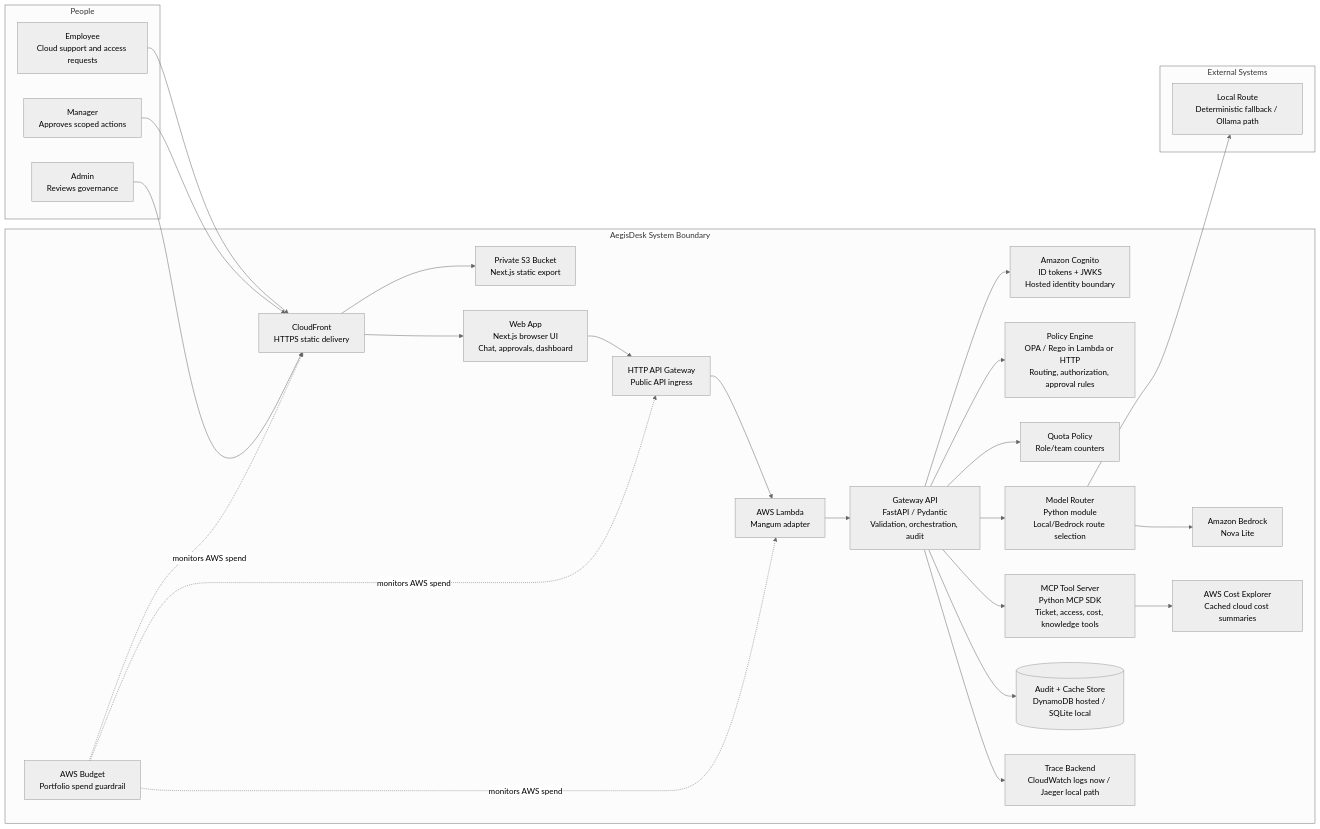
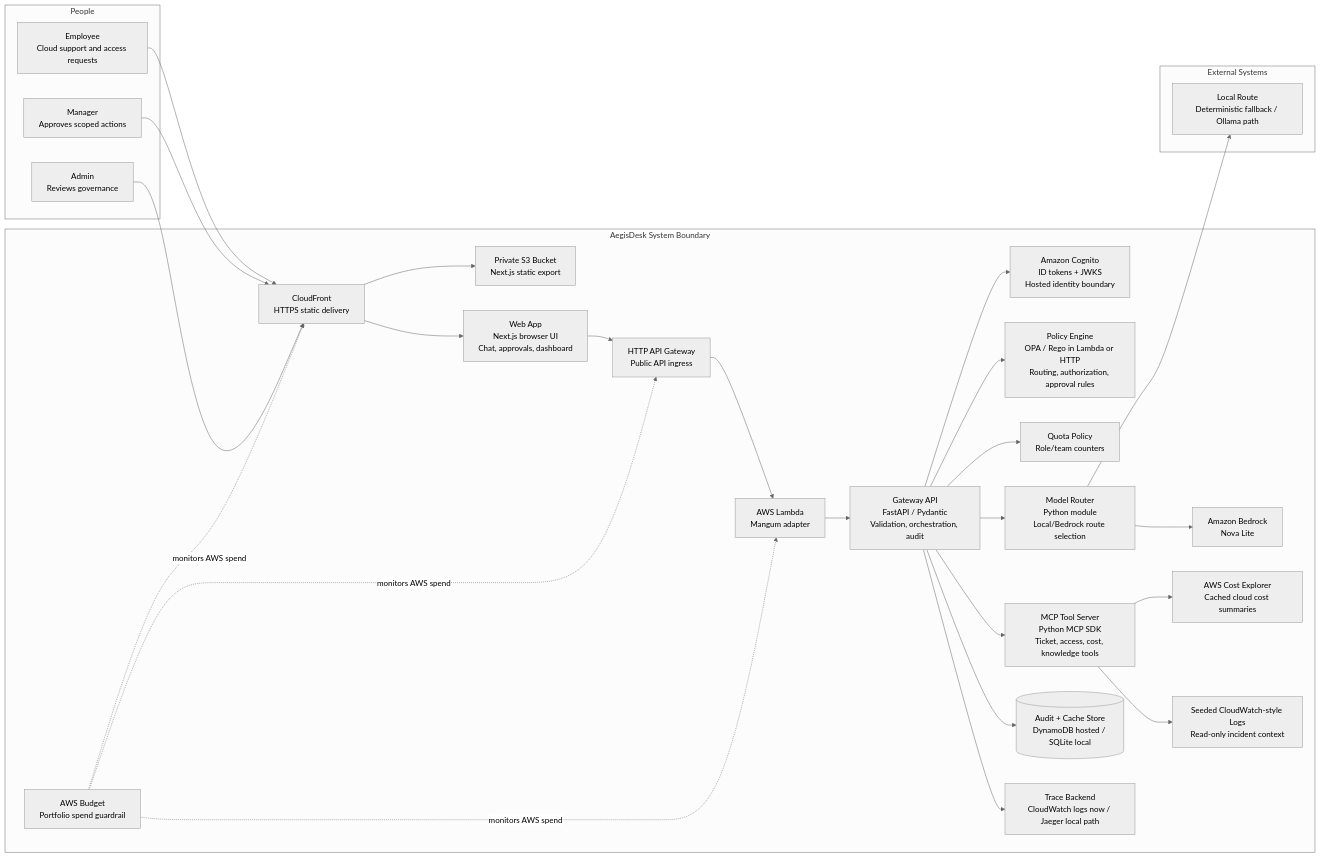
Before and after one commit to manynames3/aegisdesk-cloudops-control-plane: the diagram in docs/architecture.md, drawn with Mermaid (neutral theme). The commit also changed other lines of this file and 16 other files, not shown here.

````diff
--- a/docs/architecture.md
+++ b/docs/architecture.md
@@ -7,53 +7,55 @@
 ```mermaid
 flowchart LR
     subgraph People["People"]
         Employee["Employee<br/>Cloud support and access requests"]
         Manager["Manager<br/>Approves scoped actions"]
         Admin["Admin<br/>Reviews governance"]
     end
 
     subgraph AegisDesk["AegisDesk System Boundary"]
         CDN["CloudFront<br/>HTTPS static delivery"]
         Static["Private S3 Bucket<br/>Next.js static export"]
         Web["Web App<br/>Next.js browser UI<br/>Chat, approvals, dashboard"]
         APIGW["HTTP API Gateway<br/>Public API ingress"]
         Lambda["AWS Lambda<br/>Mangum adapter"]
         Auth["Amazon Cognito<br/>ID tokens + JWKS<br/>Hosted identity boundary"]
         API["Gateway API<br/>FastAPI / Pydantic<br/>Validation, orchestration, audit"]
         Policy["Policy Engine<br/>OPA / Rego in Lambda or HTTP<br/>Routing, authorization, approval rules"]
         Router["Model Router<br/>Python module<br/>Local/Bedrock route selection"]
         Bedrock["Amazon Bedrock<br/>Nova Lite"]
         Tools["MCP Tool Server<br/>Python MCP SDK<br/>Ticket, access, cost, knowledge tools"]
         Cost["AWS Cost Explorer<br/>Cached cloud cost summaries"]
+        Logs["Seeded CloudWatch-style Logs<br/>Read-only incident context"]
         Audit[("Audit + Cache Store<br/>DynamoDB hosted / SQLite local")]
         Quota["Quota Policy<br/>Role/team counters"]
         Trace["Trace Backend<br/>CloudWatch logs now / Jaeger local path"]
         Budget["AWS Budget<br/>Portfolio spend guardrail"]
     end
 
     subgraph External["External Systems"]
         LocalModel["Local Route<br/>Deterministic fallback / Ollama path"]
     end
 
     Employee --> CDN
     Manager --> CDN
     Admin --> CDN
     CDN --> Static
     CDN --> Web
     Web --> APIGW
     APIGW --> Lambda
     Lambda --> API
     API --> Auth
     API --> Policy
     API --> Quota
     API --> Router
     Router --> LocalModel
     Router --> Bedrock
     API --> Tools
     Tools --> Cost
+    Tools --> Logs
     API --> Audit
     API --> Trace
     Budget -.->|monitors AWS spend| CDN
     Budget -.->|monitors AWS spend| APIGW
     Budget -.->|monitors AWS spend| Lambda
 ```
````
